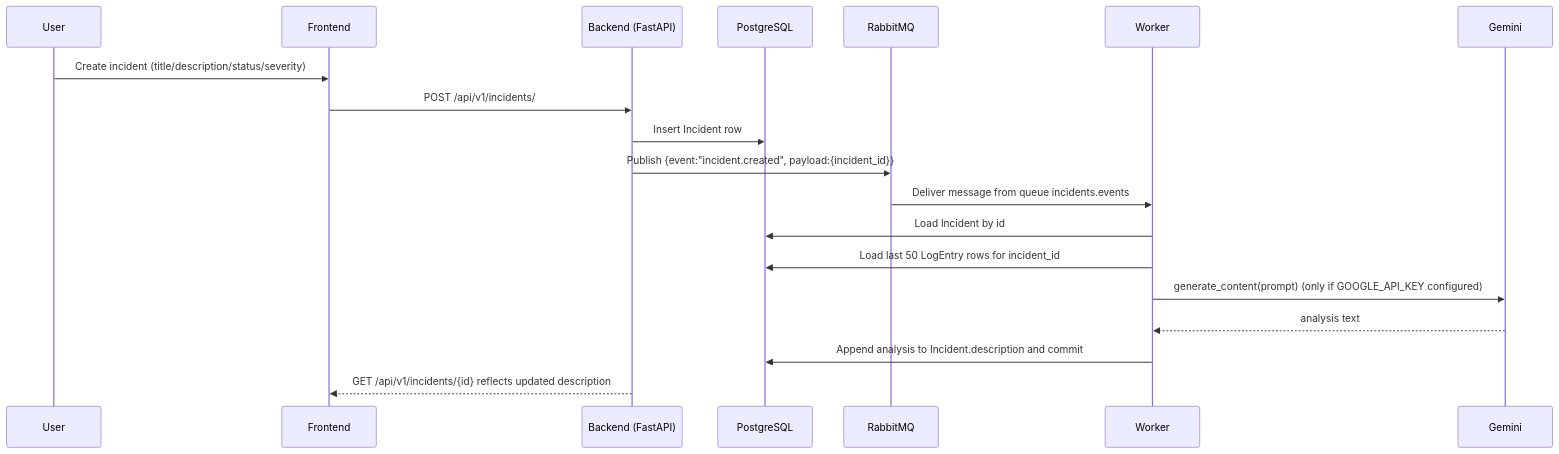
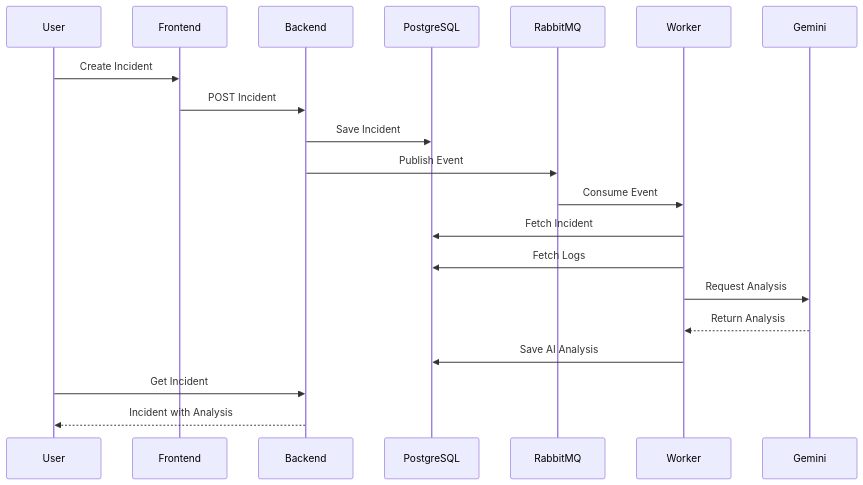
Before and after one commit to Guna-Asher/AI-Ops-Dashboard: the second of 5 diagrams in README.md, drawn with Mermaid. The commit also changed other lines of this file and 1 other file, not shown here.

Commit message:
docs: add comprehensive project documentation and architecture diagrams

````diff
--- a/README.md
+++ b/README.md
@@ -193,22 +195,30 @@
 ```mermaid
 sequenceDiagram
-  participant U as User
-  participant F as Frontend
-  participant B as Backend (FastAPI)
-  participant DB as PostgreSQL
-  participant MQ as RabbitMQ
-  participant W as Worker
-  participant AI as Gemini
 
-  U->>F: Create incident (title/description/status/severity)
-  F->>B: POST /api/v1/incidents/
-  B->>DB: Insert Incident row
-  B->>MQ: Publish {event:"incident.created", payload:{incident_id}}
-  MQ->>W: Deliver message from queue incidents.events
-  W->>DB: Load Incident by id
-  W->>DB: Load last 50 LogEntry rows for incident_id
-  W->>AI: generate_content(prompt) (only if GOOGLE_API_KEY configured)
-  AI-->>W: analysis text
-  W->>DB: Append analysis to Incident.description and commit
-  B-->>F: GET /api/v1/incidents/{id} reflects updated description
+    participant User
+    participant Frontend
+    participant Backend
+    participant PostgreSQL
+    participant RabbitMQ
+    participant Worker
+    participant Gemini
+
+    User->>Frontend: Create Incident
+    Frontend->>Backend: POST Incident
+
+    Backend->>PostgreSQL: Save Incident
+    Backend->>RabbitMQ: Publish Event
+
+    RabbitMQ->>Worker: Consume Event
+
+    Worker->>PostgreSQL: Fetch Incident
+    Worker->>PostgreSQL: Fetch Logs
+
+    Worker->>Gemini: Request Analysis
+    Gemini-->>Worker: Return Analysis
+
+    Worker->>PostgreSQL: Save AI Analysis
+
+    User->>Backend: Get Incident
+    Backend-->>User: Incident with Analysis
 ```
````
